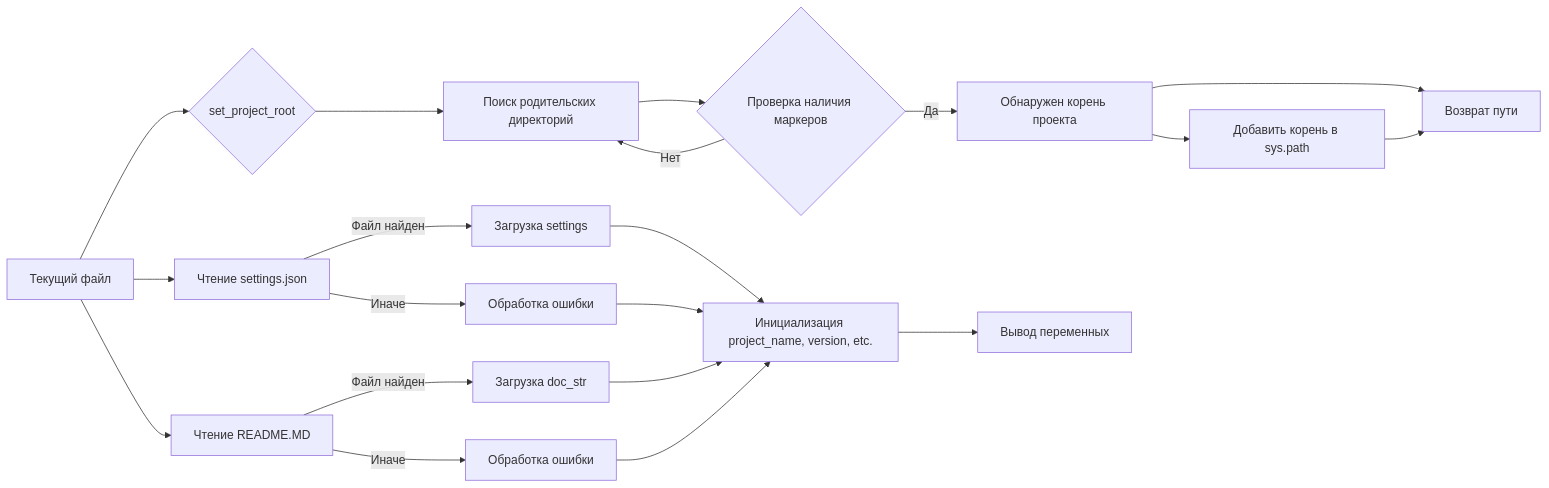
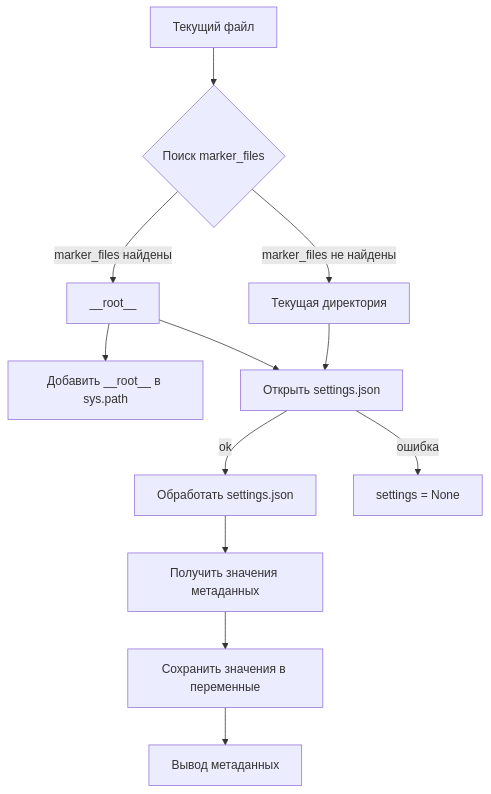
The diagram in docs/gemini/ru/explainer/src/utils/ai/header.md (hypo69/hypo), drawn with Mermaid before and after one commit. The commit also changed other lines of this file and 311 other files, not shown here.

````diff
--- a/docs/gemini/ru/explainer/src/utils/ai/header.md
+++ b/docs/gemini/ru/explainer/src/utils/ai/header.md
@@ -117,22 +107,14 @@
 ```mermaid
-graph LR
-    A[Текущий файл] --> B{set_project_root};
-    B --> C[Поиск родительских директорий];
-    C --> D{Проверка наличия маркеров};
-    D -- Да --> E[Обнаружен корень проекта];
-    D -- Нет --> C;
-    E --> F[Добавить корень в sys.path];
-    E --> G[Возврат пути];
-    F --> G;
-    A --> H[Чтение settings.json];
-    H -- Файл найден --> I[Загрузка settings];
-    H -- Иначе --> J[Обработка ошибки];
-    I --> K[Инициализация project_name, version, etc.];
-    J --> K;
-    A --> L[Чтение README.MD];
-    L -- Файл найден --> M[Загрузка doc_str];
-    L -- Иначе --> N[Обработка ошибки];
-    M --> K;
-    N --> K;
-    K --> O[Вывод переменных];
+graph TD
+    A[Текущий файл] --> B{Поиск marker_files};
+    B -- marker_files найдены --> C[__root__];
+    B -- marker_files не найдены --> D[Текущая директория];
+    C --> E[Добавить __root__ в sys.path];
+    C --> F[Открыть settings.json];
+    F -- ok --> G[Обработать settings.json];
+    F -- ошибка --> H[settings = None];
+    G --> I[Получить значения метаданных];
+    I --> J[Сохранить значения в переменные];
+    D --> F;
+    J --> K[Вывод метаданных];
 ```
````
